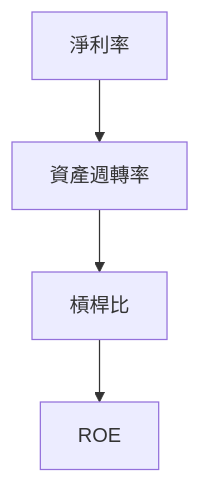
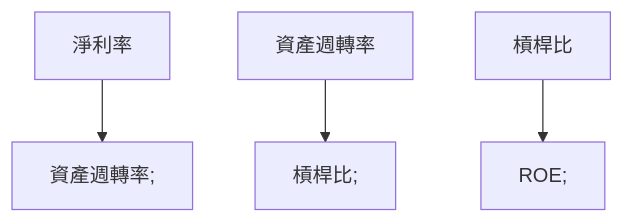
Before and after one commit to yennanliu/finance_data: the eighth of 11 diagrams in ai_gen_report/stock/onds/fundamental_analysis_2026-03-27_openai.md, drawn with Mermaid. The commit also changed other lines of this file and 2258 other files, not shown here.

First line of the commit message:
chore: backfill Mermaid syntax repair across existing reports

````diff
--- a/ai_gen_report/stock/onds/fundamental_analysis_2026-03-27_openai.md
+++ b/ai_gen_report/stock/onds/fundamental_analysis_2026-03-27_openai.md
@@ -238,6 +238,6 @@
   ```mermaid
   graph TD;
-      淨利率 --> 資產週轉率;
-      資產週轉率 --> 槓桿比;
-      槓桿比 --> ROE;
+      淨利率 --> nb1["資產週轉率;"]
+      資產週轉率 --> nb2["槓桿比;"]
+      槓桿比 --> nb3["ROE;"]
   ```
````
